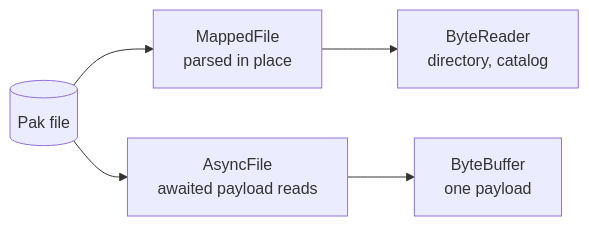
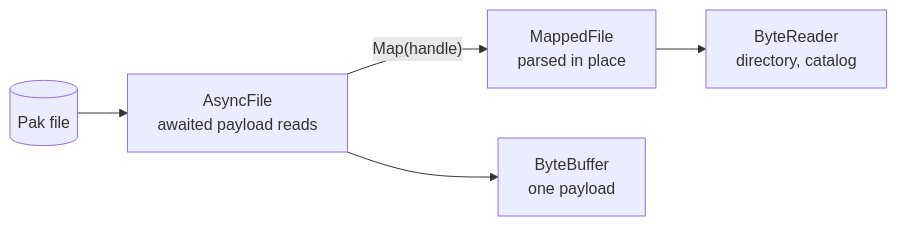
One commit to abdes/DroidNet changed the diagram in projects/Oxygen.Engine/src/Oxygen/Serio/Docs/devices.md. Above: the diagram before and after it, drawn with Mermaid. The commit also changed other lines of this file and 4 other files, not shown here.

First line of the commit message:
feat(serio): map the file an open handle refers to

````diff
--- a/projects/Oxygen.Engine/src/Oxygen/Serio/Docs/devices.md
+++ b/projects/Oxygen.Engine/src/Oxygen/Serio/Docs/devices.md
@@ -58,10 +58,11 @@
 ```mermaid
 flowchart LR
   File[("Pak file")]
+  Async["AsyncFile<br/>awaited payload reads"]
   Map["MappedFile<br/>parsed in place"]
-  Async["AsyncFile<br/>awaited payload reads"]
   Parser["ByteReader<br/>directory, catalog"]
   Buffer["ByteBuffer<br/>one payload"]
-  File --> Map --> Parser
-  File --> Async --> Buffer
+  File --> Async
+  Async -- "Map(handle)" --> Map --> Parser
+  Async --> Buffer
 ```
````
